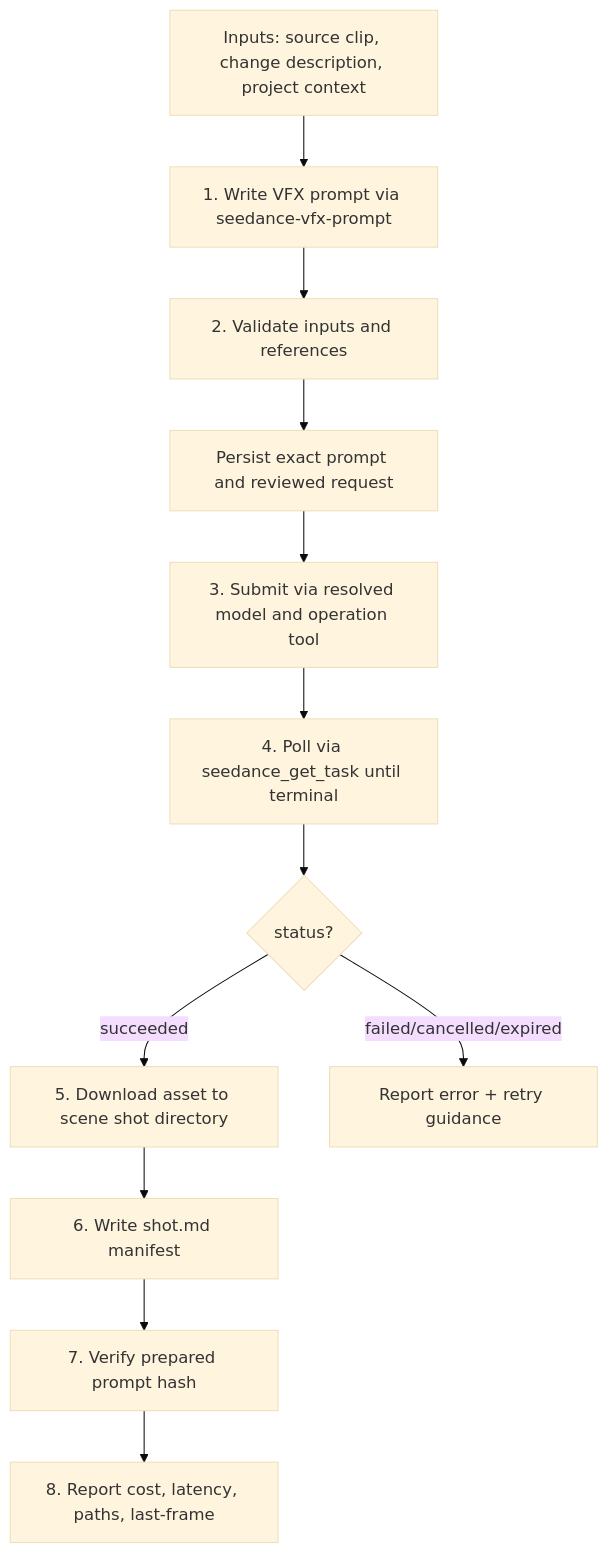
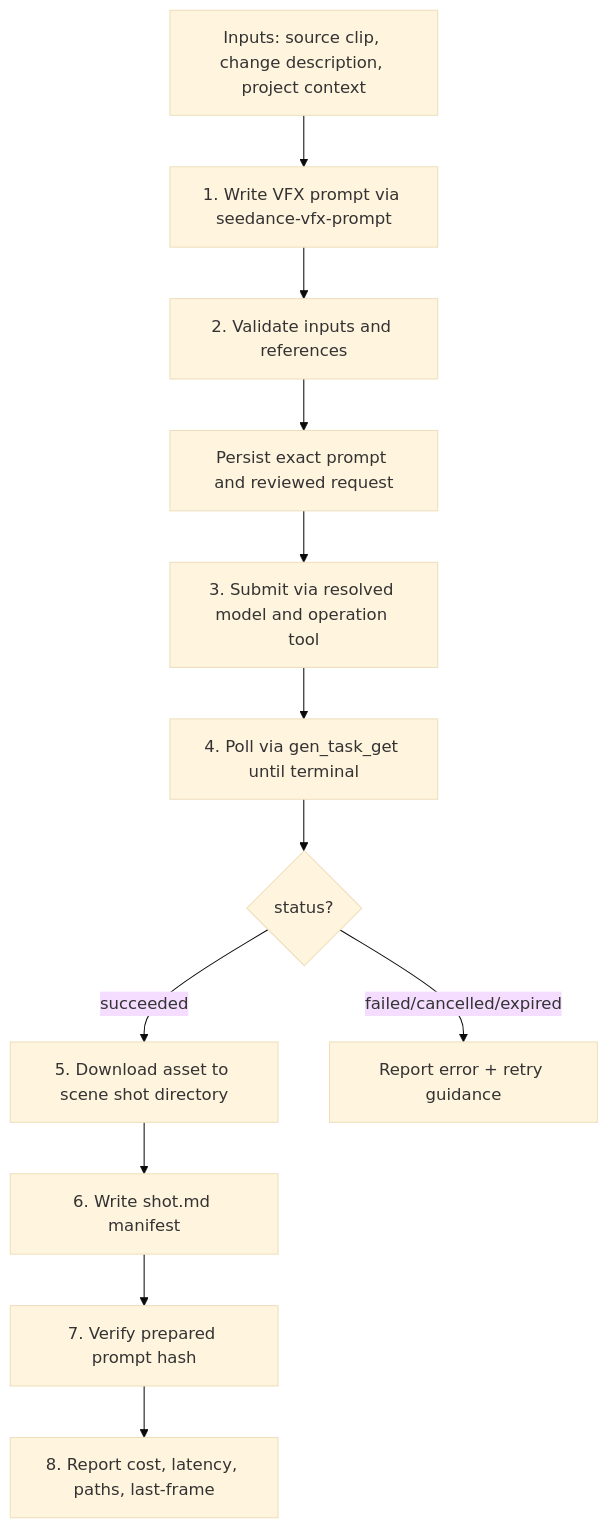
The diagram in .agents/skills/seedance-vfx-pipeline/SKILL.md (byteplus-sa/ark-director), drawn with Mermaid (base theme) before and after one commit. The commit also changed other lines of this file and 37 other files, not shown here.

````diff
--- a/.agents/skills/seedance-vfx-pipeline/SKILL.md
+++ b/.agents/skills/seedance-vfx-pipeline/SKILL.md
@@ -80,15 +80,15 @@
 ```mermaid
 flowchart TD
     IN[Inputs: source clip, change description, project context] --> PROMPT
     PROMPT[1. Write VFX prompt via seedance-vfx-prompt] --> VALIDATE
     VALIDATE[2. Validate inputs and references] --> PREPARE
     PREPARE[Persist exact prompt and reviewed request] --> SUBMIT
     SUBMIT[3. Submit via resolved model and operation tool] --> POLL
-    POLL[4. Poll via seedance_get_task until terminal] --> CHECK
+    POLL[4. Poll via gen_task_get until terminal] --> CHECK
     CHECK{status?} -->|succeeded| SAVE
     CHECK -->|failed/cancelled/expired| ERROR[Report error + retry guidance]
     SAVE[5. Download asset to scene shot directory] --> MANIFEST
     MANIFEST[6. Write shot.md manifest] --> PROMPTFILE
     PROMPTFILE[7. Verify prepared prompt hash] --> REPORT
     REPORT[8. Report cost, latency, paths, last-frame]
 ```
````
